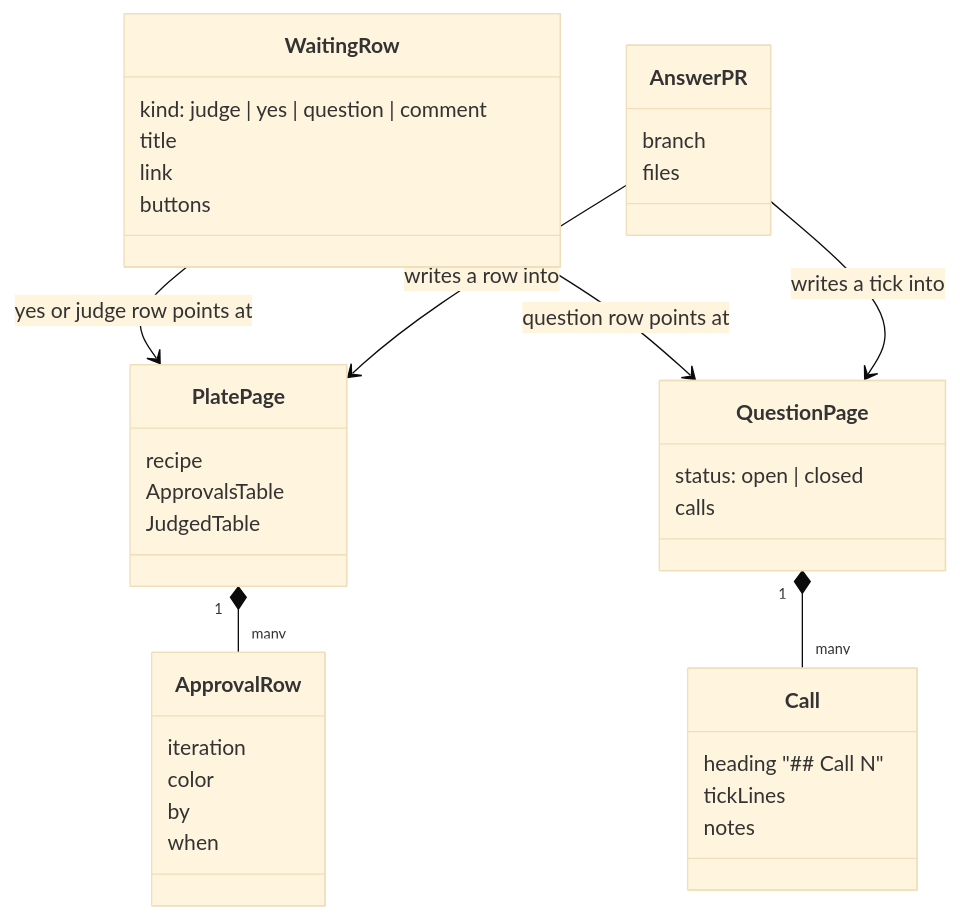
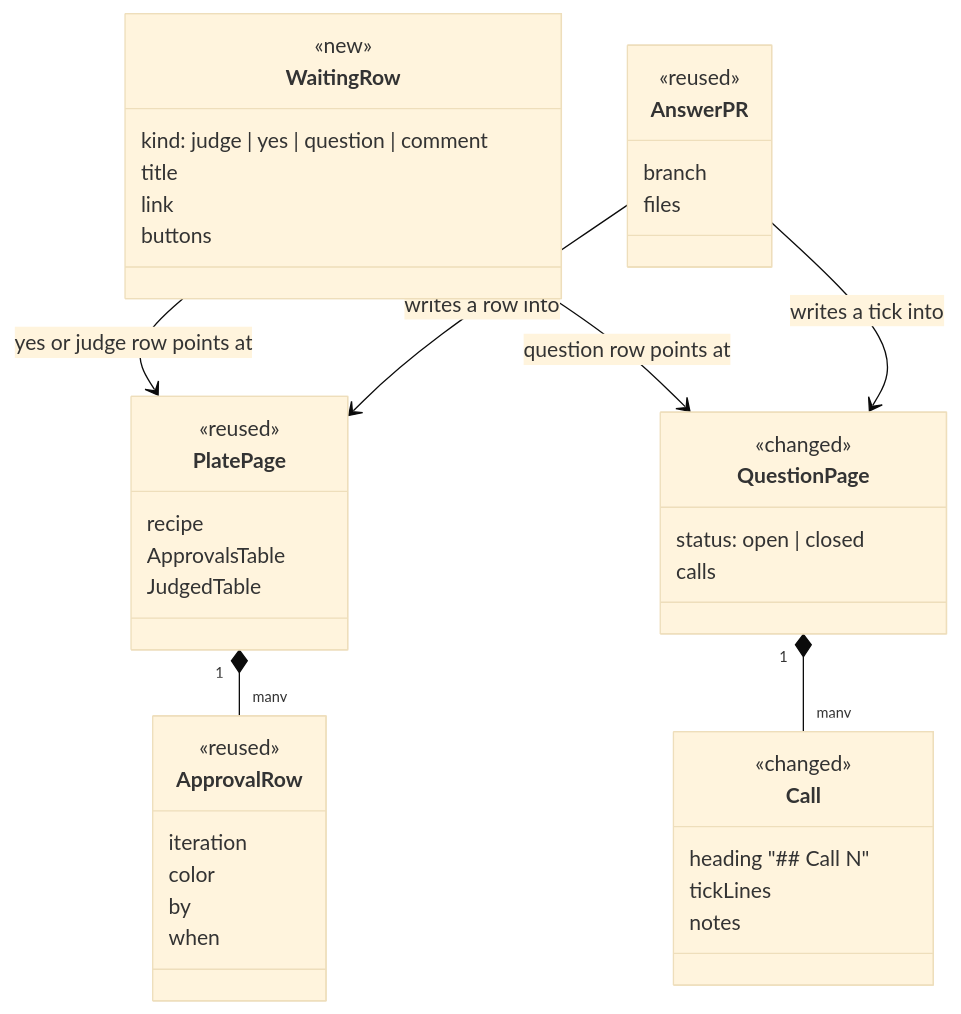
The eighth of 11 diagrams in docs/design/process/users-and-surfaces-design.md (omars-lab/3d-models), drawn with Mermaid (base theme) before and after one commit. The commit also changed other lines of this file, not shown here.

First line of the commit message:
Design doc: tag the data-model diagram new, changed or reused

````diff
--- a/docs/design/process/users-and-surfaces-design.md
+++ b/docs/design/process/users-and-surfaces-design.md
@@ -473,39 +473,45 @@
 ```mermaid
 classDiagram
   class WaitingRow {
+    <<new>>
     kind: judge | yes | question | comment
     title
     link
     buttons
   }
   class PlatePage {
+    <<reused>>
     recipe
     ApprovalsTable
     JudgedTable
   }
   class ApprovalRow {
+    <<reused>>
     iteration
     color
     by
     when
   }
   class QuestionPage {
+    <<changed>>
     status: open | closed
     calls
   }
   class Call {
+    <<changed>>
     heading "## Call N"
     tickLines
     notes
   }
   class AnswerPR {
+    <<reused>>
     branch
     files
   }
   WaitingRow --> PlatePage : yes or judge row points at
   WaitingRow --> QuestionPage : question row points at
   PlatePage "1" *-- "many" ApprovalRow
   QuestionPage "1" *-- "many" Call
   AnswerPR --> PlatePage : writes a row into
   AnswerPR --> QuestionPage : writes a tick into
 ```
````
